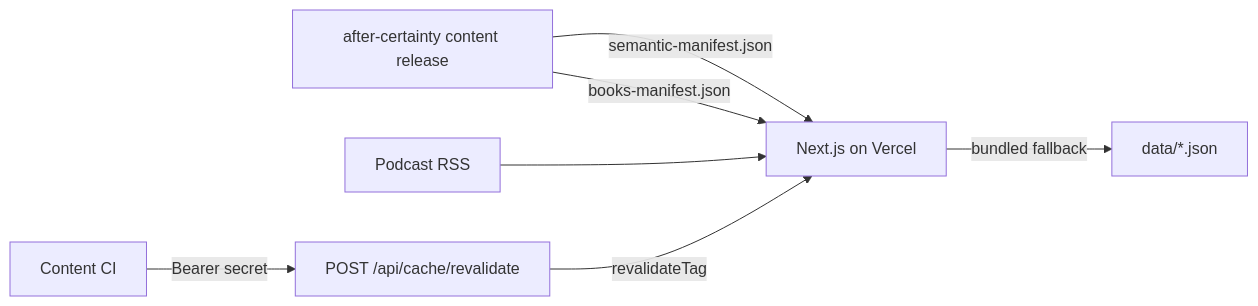
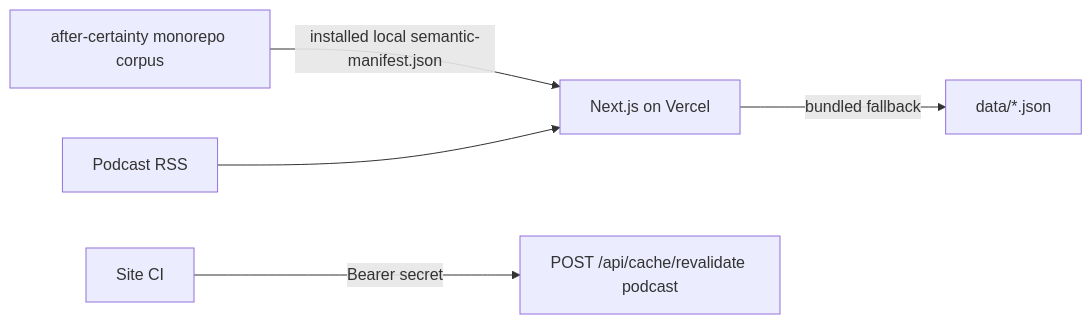
One commit to After-Certainty/after-certainty changed the first of 2 diagrams in apps/site/docs/roadmaps/global-search-plan.md. Above: the diagram before and after it, drawn with Mermaid. The commit also changed other lines of this file and 36 other files, not shown here.

````diff
--- a/apps/site/docs/roadmaps/global-search-plan.md
+++ b/apps/site/docs/roadmaps/global-search-plan.md
@@ -44,10 +44,8 @@
 ```mermaid
 flowchart LR
-  ContentRepo[after-certainty content release]
-  ContentRepo -->|semantic-manifest.json| Site[Next.js on Vercel]
-  ContentRepo -->|books-manifest.json| Site
+  ContentRepo[after-certainty monorepo corpus]
+  ContentRepo -->|installed local semantic-manifest.json| Site[Next.js on Vercel]
   Anchor[Podcast RSS] --> Site
   Site -->|bundled fallback| DataDir[data/*.json]
-  GHActions[Content CI] -->|Bearer secret| Revalidate[POST /api/cache/revalidate]
-  Revalidate -->|revalidateTag| Site
+  GHActions[Site CI] -->|Bearer secret| Revalidate[POST /api/cache/revalidate podcast]
 ```
````
